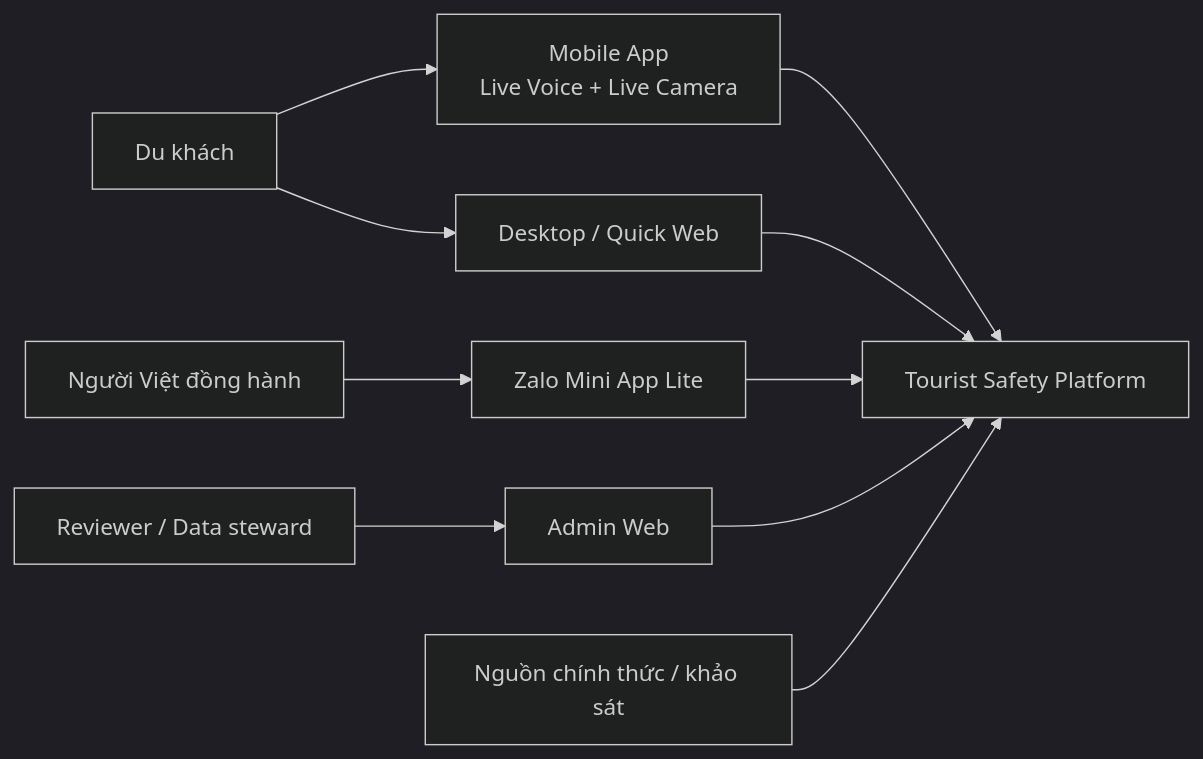
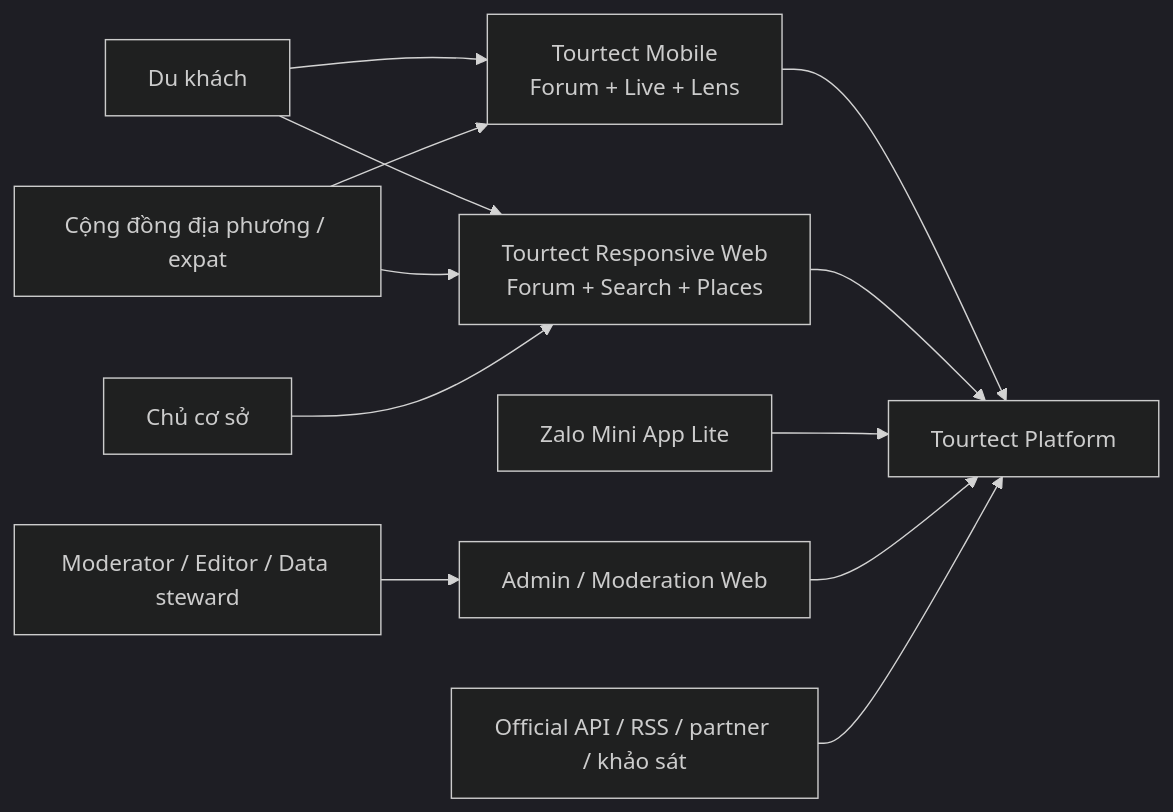
One commit to hackunix/tourtect changed the sixth of 9 diagrams in docs/system-design.md. Above: the diagram before and after it, drawn with Mermaid (dark theme). The commit also changed other lines of this file, not shown here.

```diff
--- a/docs/system-design.md
+++ b/docs/system-design.md
@@ -424,24 +635,27 @@
 ~~~mermaid
 flowchart LR
     Tourist["Du khách"]
-    Helper["Người Việt đồng hành"]
-    Reviewer["Reviewer / Data steward"]
-    Authority["Nguồn chính thức / khảo sát"]
+    Community["Cộng đồng địa phương / expat"]
+    Merchant["Chủ cơ sở"]
+    Reviewer["Moderator / Editor / Data steward"]
+    Sources["Official API / RSS / partner / khảo sát"]
 
-    Mobile["Mobile App\nLive Voice + Live Camera"]
-    Web["Desktop / Quick Web"]
+    Mobile["Tourtect Mobile\nForum + Live + Lens"]
+    Web["Tourtect Responsive Web\nForum + Search + Places"]
     Zalo["Zalo Mini App Lite"]
-    Admin["Admin Web"]
-    Platform["Tourist Safety Platform"]
+    Admin["Admin / Moderation Web"]
+    Platform["Tourtect Platform"]
 
     Tourist --> Mobile
     Tourist --> Web
-    Helper --> Zalo
+    Community --> Mobile
+    Community --> Web
+    Merchant --> Web
     Reviewer --> Admin
 
     Mobile --> Platform
     Web --> Platform
     Zalo --> Platform
     Admin --> Platform
-    Authority --> Platform
+    Sources --> Platform
 ~~~
```
